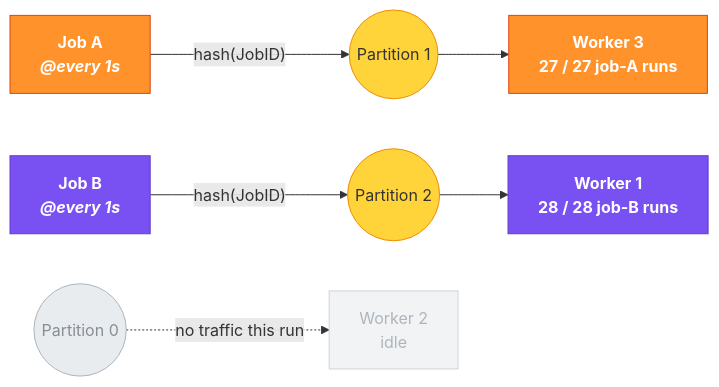
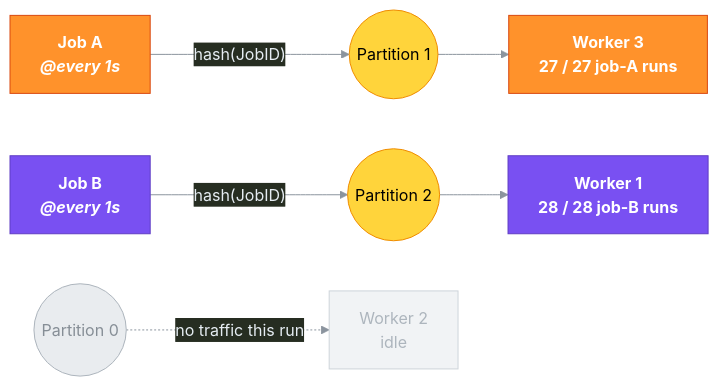
Before and after one commit to VaibhavDangaich/Orbit: the fifth of 5 diagrams in README.md, drawn with Mermaid. The commit also changed other lines of this file, not shown here.

First line of the commit message:
Fix Mermaid diagram contrast on GitHub dark mode

````diff
--- a/README.md
+++ b/README.md
@@ -197,19 +267,28 @@
 ```mermaid
+%%{init: {'theme':'base', 'themeVariables': {
+  'background': '#0d1117',
+  'primaryColor': '#21262d',
+  'primaryTextColor': '#e6edf3',
+  'primaryBorderColor': '#58a6ff',
+  'lineColor': '#8b949e',
+  'textColor': '#e6edf3',
+  'fontSize': '16px'
+}}}%%
 flowchart LR
     JA["Job A<br/><i>@every 1s</i>"]:::jobA
     JB["Job B<br/><i>@every 1s</i>"]:::jobB
 
     JA -->|"hash(JobID)"| P1(("Partition 1")):::hot
     JB -->|"hash(JobID)"| P2(("Partition 2")):::hot
     P0(("Partition 0")):::cold
 
     P1 --> W3["Worker 3<br/><b>27 / 27 job-A runs</b>"]:::jobA
     P2 --> W1["Worker 1<br/><b>28 / 28 job-B runs</b>"]:::jobB
     P0 -.->|"no traffic this run"| W2["Worker 2<br/>idle"]:::idle
 
     classDef jobA fill:#ff922b,stroke:#d9480f,color:#fff,font-weight:bold
     classDef jobB fill:#7950f2,stroke:#5f3dc4,color:#fff,font-weight:bold
-    classDef hot fill:#ffd43b,stroke:#f08c00
+    classDef hot fill:#ffd43b,stroke:#f08c00,color:#000
     classDef cold fill:#e9ecef,stroke:#adb5bd,color:#868e96
     classDef idle fill:#f1f3f5,stroke:#ced4da,color:#adb5bd
 ```
````
